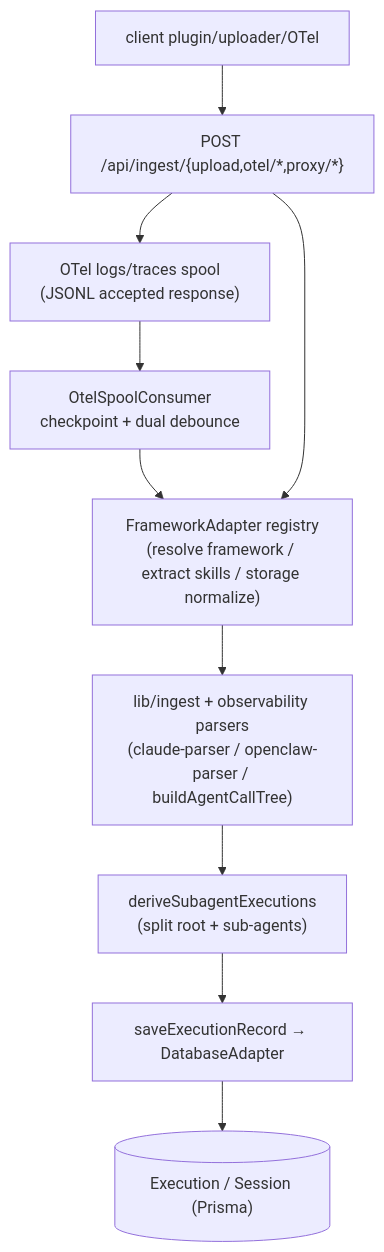
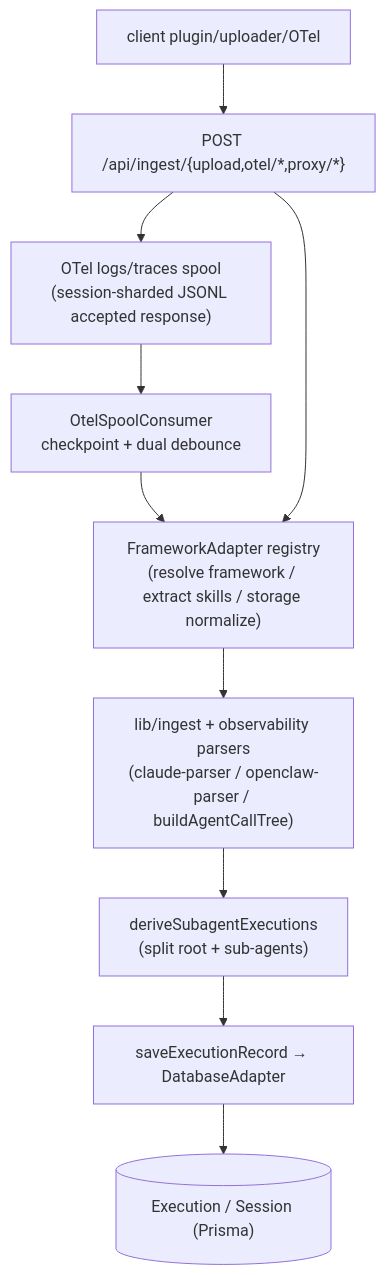
Before and after one commit to openeuler-mirror/agent-insight: the second of 4 diagrams in docs/developer-guide/05-data-and-control-flow.md, drawn with Mermaid. The commit also changed other lines of this file and 11 other files, not shown here.

Commit message:
ClaudeCode logs 和 Hermes/通用 OTel traces 的新写入都改成按 day + session 分片

````diff
--- a/docs/developer-guide/05-data-and-control-flow.md
+++ b/docs/developer-guide/05-data-and-control-flow.md
@@ -52,12 +54,12 @@
 ```mermaid
 flowchart TD
     client["client plugin/uploader/OTel"] --> route["POST /api/ingest/{upload,otel/*,proxy/*}"]
-    route --> otelspool["OTel logs/traces spool\n(JSONL accepted response)"]
+    route --> otelspool["OTel logs/traces spool\n(session-sharded JSONL accepted response)"]
     otelspool --> consumer["OtelSpoolConsumer\ncheckpoint + dual debounce"]
     consumer --> adapter["FrameworkAdapter registry\n(resolve framework / extract skills / storage normalize)"]
     route --> adapter
     adapter --> parse["lib/ingest + observability parsers\n(claude-parser / openclaw-parser / buildAgentCallTree)"]
     parse --> derive["deriveSubagentExecutions\n(split root + sub-agents)"]
     derive --> save["saveExecutionRecord → DatabaseAdapter"]
     save --> db[("Execution / Session (Prisma)")]
 ```
````
